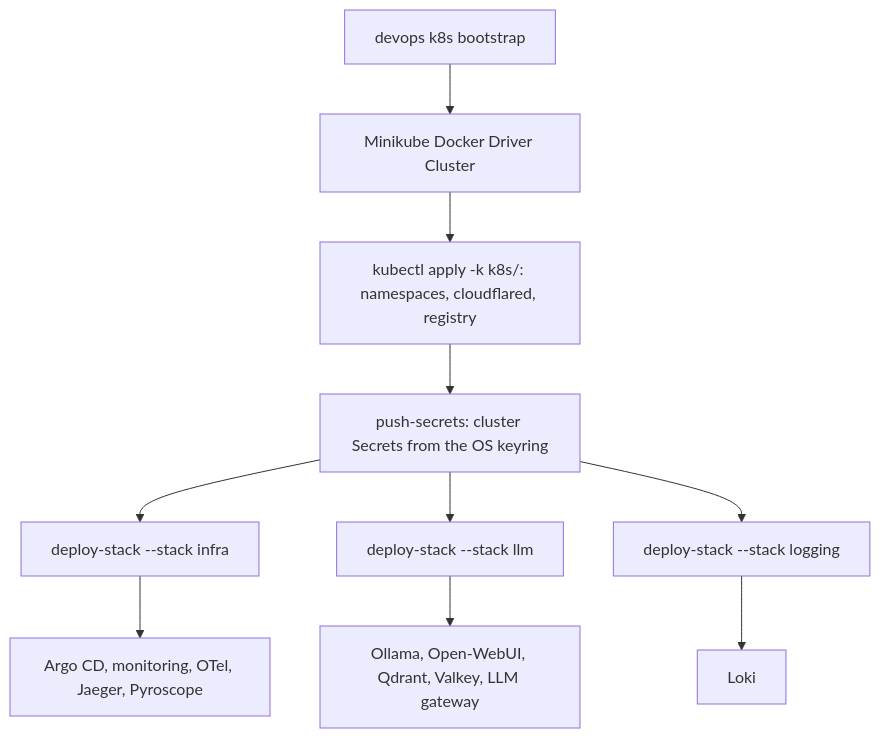
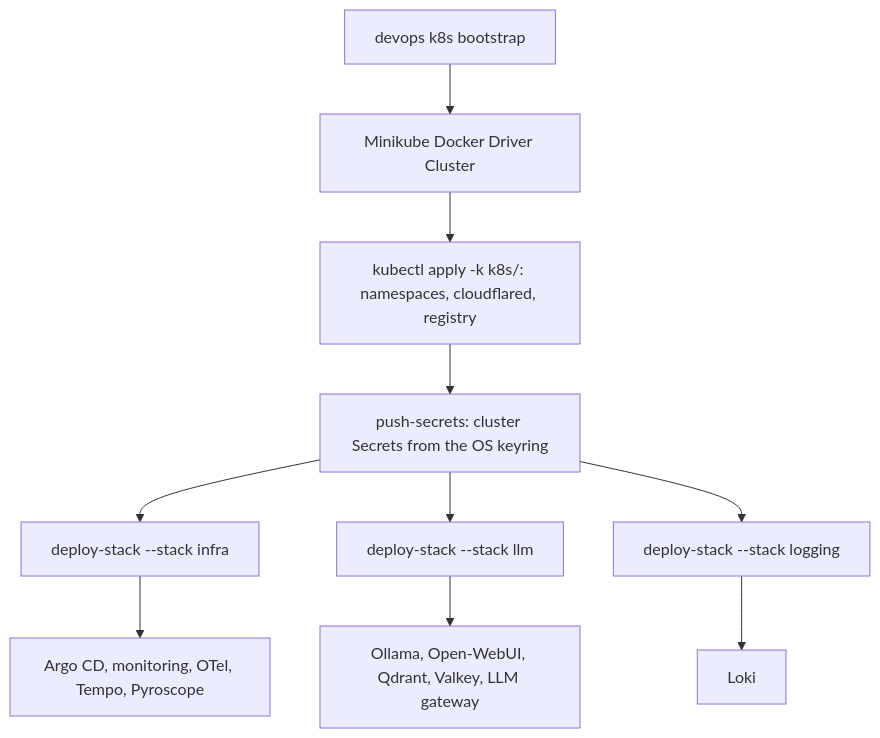
The diagram in src/devops_cli/ai/knowledge_base/devops_cli/tasks/k8s_stack_deployment.md (dan-petty/devops-cli), drawn with Mermaid before and after one commit. The commit also changed other lines of this file and 90 other files, not shown here.

````diff
--- a/src/devops_cli/ai/knowledge_base/devops_cli/tasks/k8s_stack_deployment.md
+++ b/src/devops_cli/ai/knowledge_base/devops_cli/tasks/k8s_stack_deployment.md
@@ -11,12 +11,12 @@
 ```mermaid
 graph TD
     A[devops k8s bootstrap] --> B[Minikube Docker Driver Cluster]
     B --> N[kubectl apply -k k8s/: namespaces, cloudflared, registry]
     N --> S[push-secrets: cluster Secrets from the OS keyring]
     S --> C[deploy-stack --stack infra]
     S --> D[deploy-stack --stack llm]
     S --> E[deploy-stack --stack logging]
-    C --> F[Argo CD, monitoring, OTel, Jaeger, Pyroscope]
+    C --> F[Argo CD, monitoring, OTel, Tempo, Pyroscope]
     D --> G[Ollama, Open-WebUI, Qdrant, Valkey, LLM gateway]
     E --> H[Loki]
 ```
````
